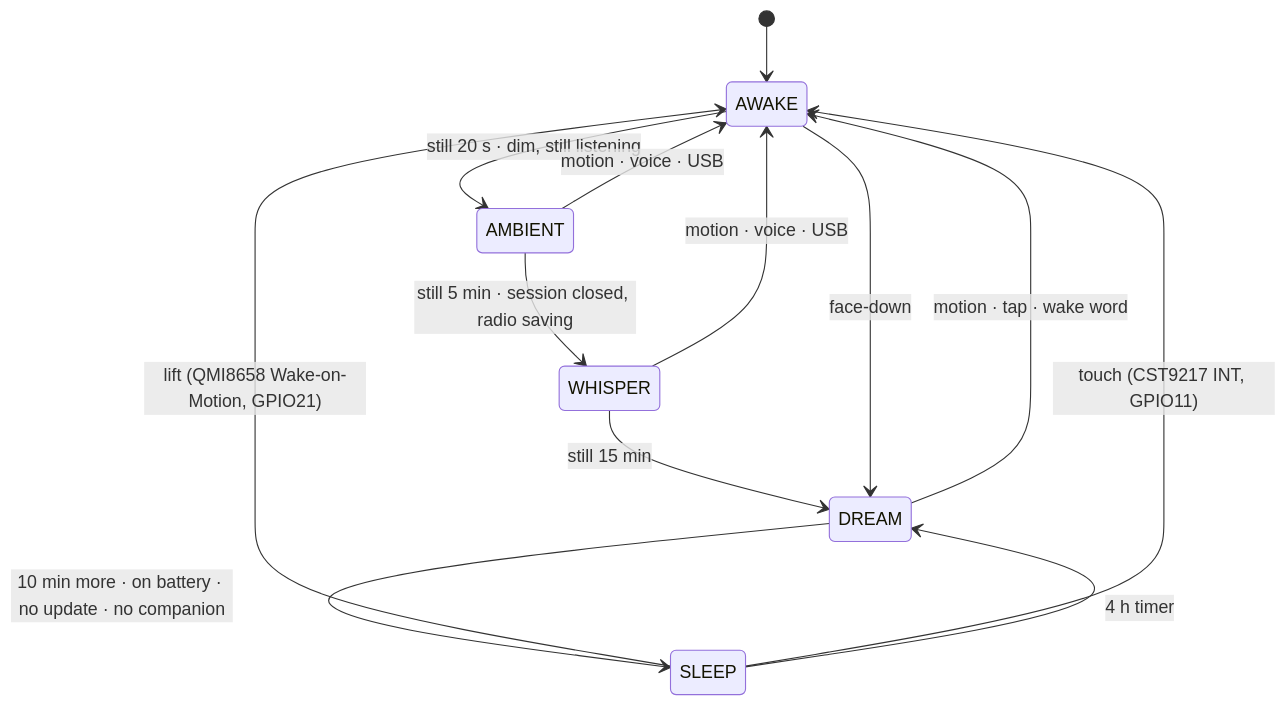
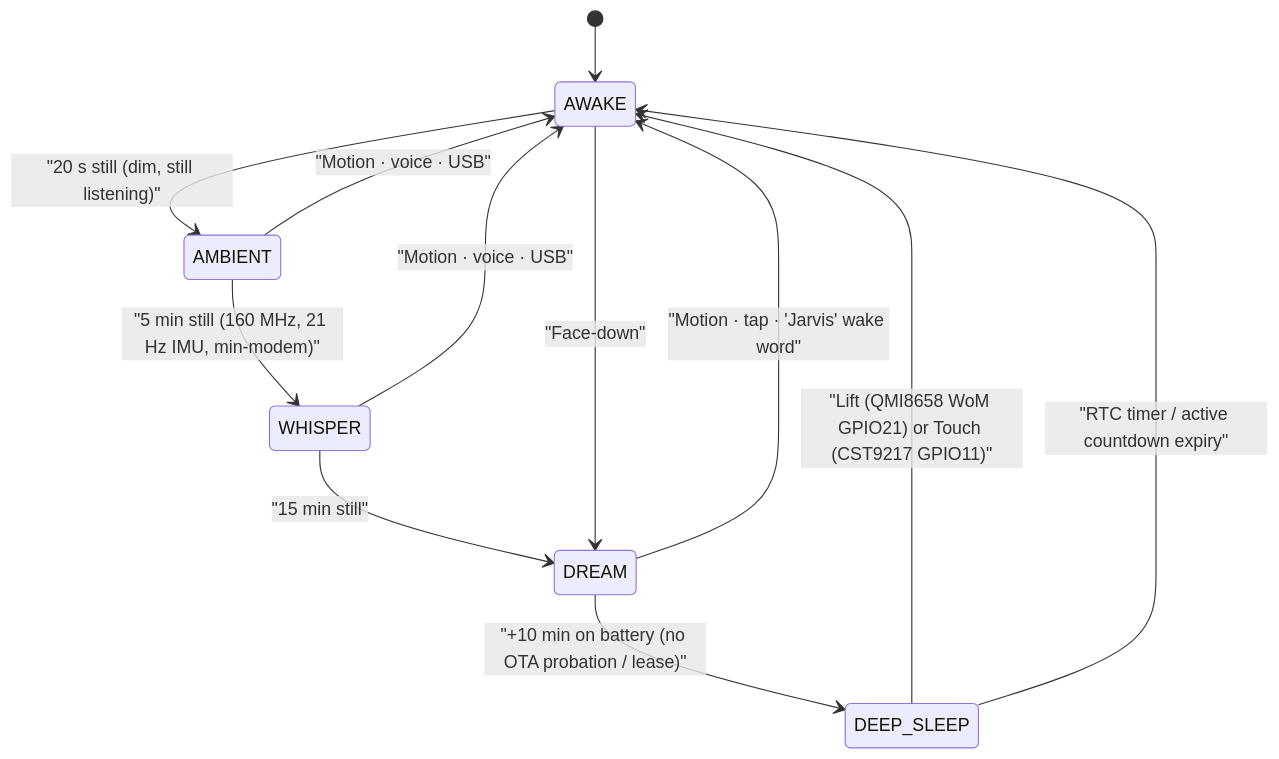
One commit to PascalAI2024/JarvisNano changed the fourth of 5 diagrams in docs/ARCHITECTURE.md. Above: the diagram before and after it, drawn with Mermaid. The commit also changed other lines of this file and 27 other files, not shown here.

````diff
--- a/docs/ARCHITECTURE.md
+++ b/docs/ARCHITECTURE.md
@@ -243,15 +177,14 @@
 ```mermaid
 stateDiagram-v2
     [*] --> AWAKE
-    AWAKE --> AMBIENT: still 20 s · dim, still listening
-    AMBIENT --> WHISPER: still 5 min · session closed, radio saving
-    WHISPER --> DREAM: still 15 min
-    AWAKE --> DREAM: face-down
-    DREAM --> SLEEP: 10 min more · on battery · no update · no companion
-    SLEEP --> AWAKE: lift (QMI8658 Wake-on-Motion, GPIO21)
-    SLEEP --> AWAKE: touch (CST9217 INT, GPIO11)
-    SLEEP --> DREAM: 4 h timer
-    AMBIENT --> AWAKE: motion · voice · USB
-    WHISPER --> AWAKE: motion · voice · USB
-    DREAM --> AWAKE: motion · tap · wake word
+    AWAKE --> AMBIENT: "20 s still (dim, still listening)"
+    AMBIENT --> WHISPER: "5 min still (160 MHz, 21 Hz IMU, min-modem)"
+    WHISPER --> DREAM: "15 min still"
+    AWAKE --> DREAM: "Face-down"
+    DREAM --> DEEP_SLEEP: "+10 min on battery (no OTA probation / lease)"
+    DEEP_SLEEP --> AWAKE: "Lift (QMI8658 WoM GPIO21) or Touch (CST9217 GPIO11)"
+    DEEP_SLEEP --> AWAKE: "RTC timer / active countdown expiry"
+    AMBIENT --> AWAKE: "Motion · voice · USB"
+    WHISPER --> AWAKE: "Motion · voice · USB"
+    DREAM --> AWAKE: "Motion · tap · 'Jarvis' wake word"
 ```
````
